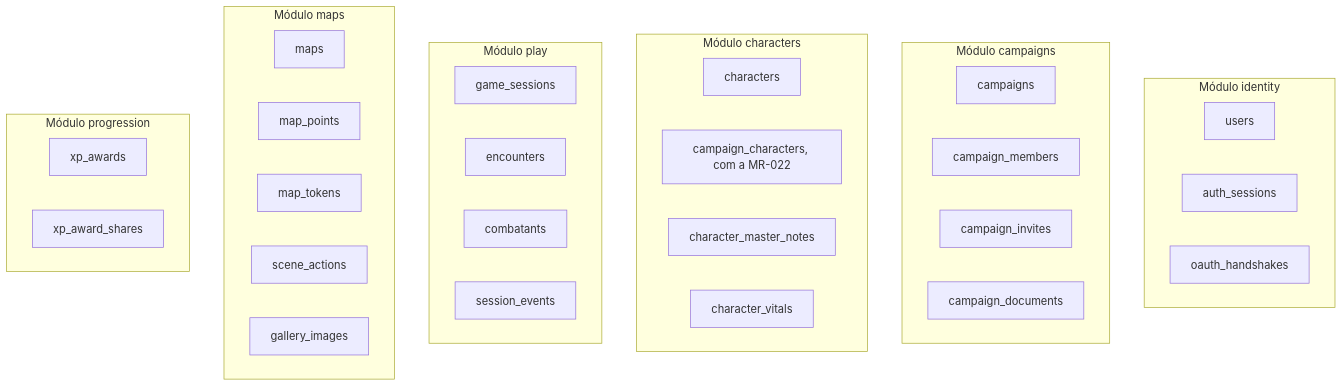
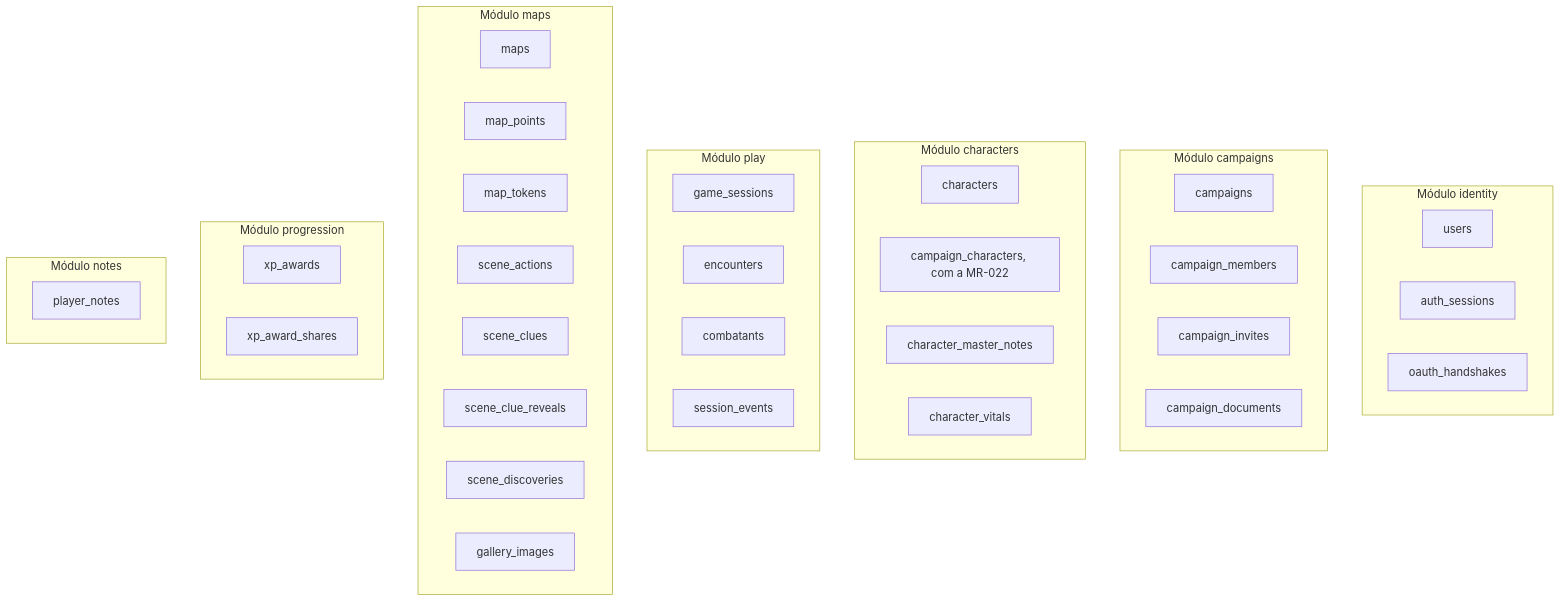
The second of 3 diagrams in docs/dados.md (PuraFome/meuRPG), drawn with Mermaid before and after one commit. The commit also changed other lines of this file and 60 other files, not shown here.

First line of the commit message:
feat(notes): the master's hooks and clues, and the players' private notes (MR-029, MR-030)

````diff
--- a/docs/dados.md
+++ b/docs/dados.md
@@ -252,42 +256,49 @@
 ```mermaid
 flowchart TD
     subgraph identity["Módulo identity"]
         t_users["users"]
         t_auth_sessions["auth_sessions"]
         t_oauth_handshakes["oauth_handshakes"]
     end
 
     subgraph campaigns_mod["Módulo campaigns"]
         t_campaigns["campaigns"]
         t_campaign_members["campaign_members"]
         t_campaign_invites["campaign_invites"]
         t_campaign_documents["campaign_documents"]
     end
 
     subgraph characters_mod["Módulo characters"]
         t_characters["characters"]
         t_campaign_characters["campaign_characters, com a MR-022"]
         t_character_master_notes["character_master_notes"]
         t_character_vitals["character_vitals"]
     end
 
     subgraph play["Módulo play"]
         t_game_sessions["game_sessions"]
         t_encounters["encounters"]
         t_combatants["combatants"]
         t_session_events["session_events"]
     end
 
     subgraph maps_mod["Módulo maps"]
         t_maps["maps"]
         t_map_points["map_points"]
         t_map_tokens["map_tokens"]
         t_scene_actions["scene_actions"]
+        t_scene_clues["scene_clues"]
+        t_scene_clue_reveals["scene_clue_reveals"]
+        t_scene_discoveries["scene_discoveries"]
         t_gallery_images["gallery_images"]
     end
 
     subgraph progression["Módulo progression"]
         t_xp_awards["xp_awards"]
         t_xp_award_shares["xp_award_shares"]
     end
+
+    subgraph notes_mod["Módulo notes"]
+        t_player_notes["player_notes"]
+    end
 ```
````
